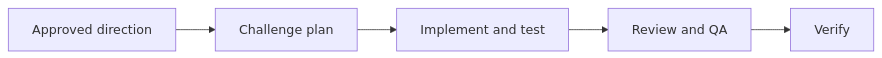
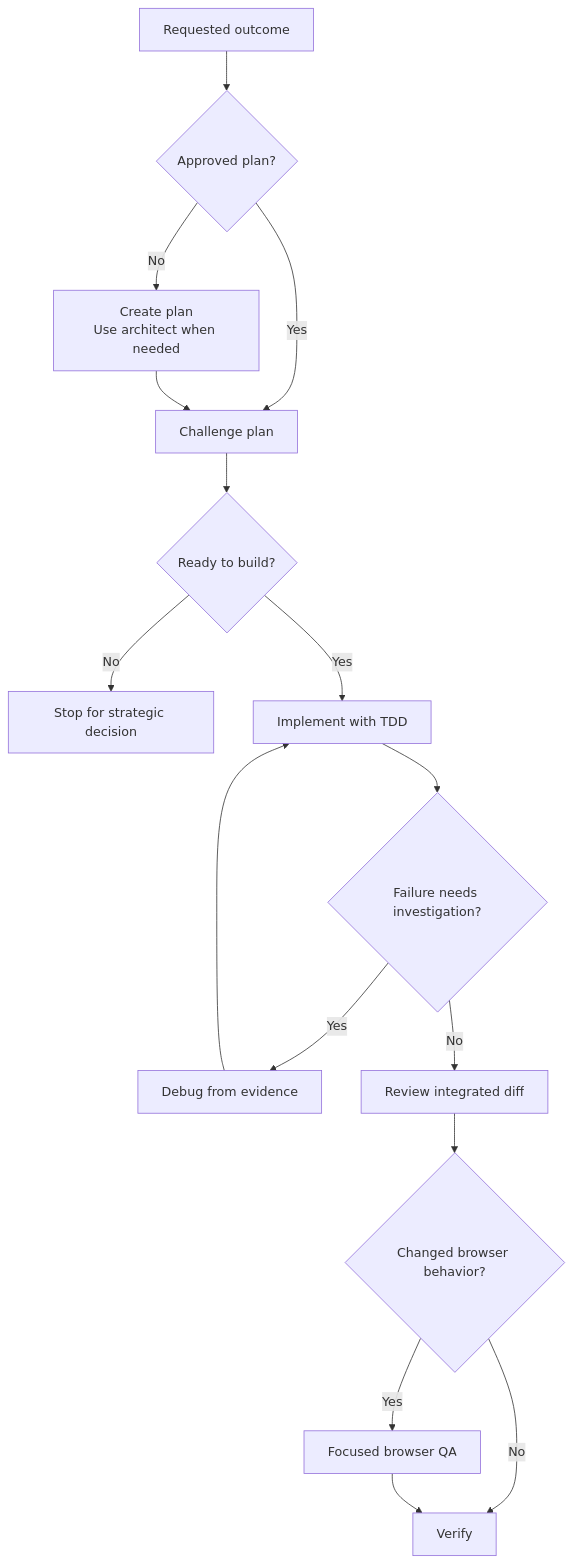
One commit to vltansky/vs changed the third of 4 diagrams in README.md. Above: the diagram before and after it, drawn with Mermaid. The commit also changed other lines of this file, not shown here.

Commit message:
docs: show core workflow decision paths

````diff
--- a/README.md
+++ b/README.md
@@ -31,5 +40,17 @@
 ```mermaid
-flowchart LR
-    I[Approved direction] --> P[Challenge plan] --> E[Implement and test]
-    E --> R[Review and QA] --> V[Verify]
+flowchart TD
+    I[Requested outcome] --> P{Approved plan?}
+    P -- No --> A[Create plan<br/>Use architect when needed]
+    P -- Yes --> C[Challenge plan]
+    A --> C
+    C --> R{Ready to build?}
+    R -- No --> S[Stop for strategic decision]
+    R -- Yes --> E[Implement with TDD]
+    E --> D{Failure needs investigation?}
+    D -- Yes --> G[Debug from evidence] --> E
+    D -- No --> V[Review integrated diff]
+    V --> Q{Changed browser behavior?}
+    Q -- Yes --> B[Focused browser QA]
+    Q -- No --> O[Verify]
+    B --> O
 ```
````
